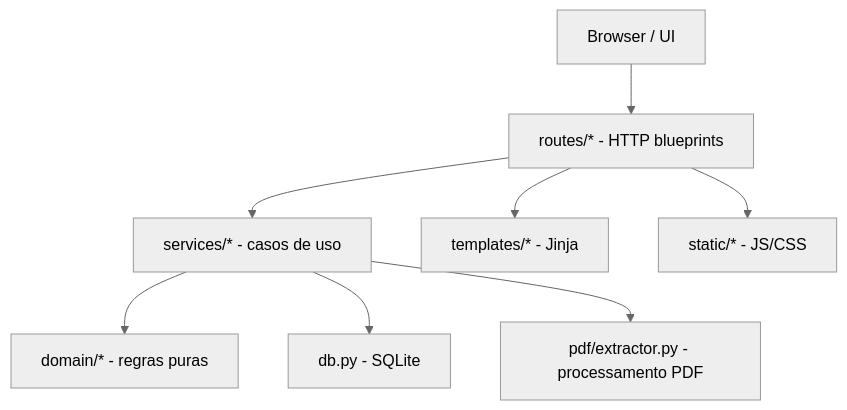
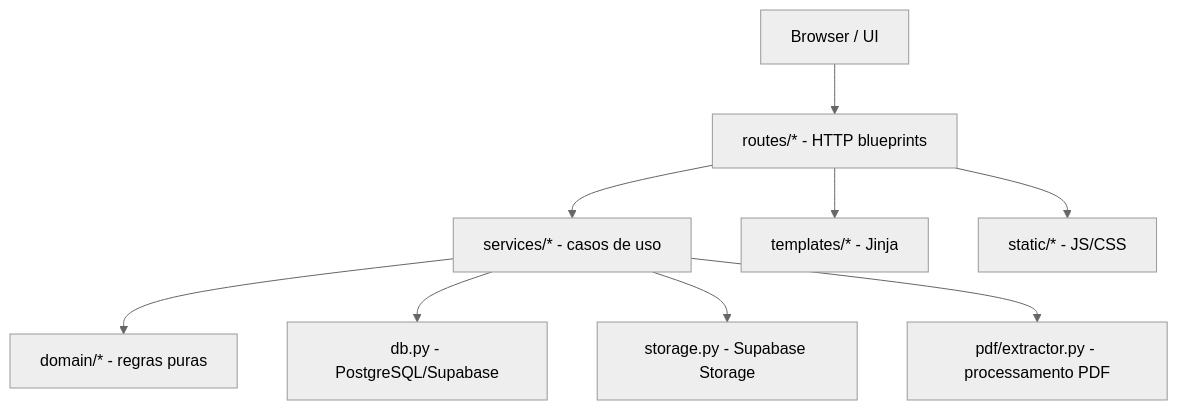
One commit to PedroAzin/studypdf changed the diagram in docs/architecture.md. Above: the diagram before and after it, drawn with Mermaid (neutral theme). The commit also changed other lines of this file and 44 other files, not shown here.

````diff
--- a/docs/architecture.md
+++ b/docs/architecture.md
@@ -9,10 +9,11 @@
 ```mermaid
 flowchart TD
   Browser["Browser / UI"] --> Routes["routes/* - HTTP blueprints"]
   Routes --> Services["services/* - casos de uso"]
   Services --> Domain["domain/* - regras puras"]
-  Services --> DB["db.py - SQLite"]
+  Services --> DB["db.py - PostgreSQL/Supabase"]
+  Services --> Storage["storage.py - Supabase Storage"]
   Services --> PDF["pdf/extractor.py - processamento PDF"]
   Routes --> Templates["templates/* - Jinja"]
   Routes --> Static["static/* - JS/CSS"]
 ```
````
